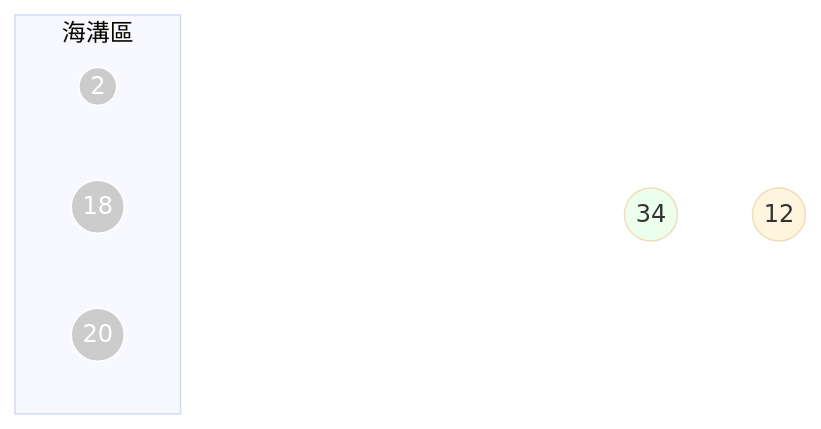
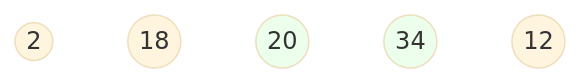
The seventh of 20 diagrams in Bubble Sorting.md (ianchen0419/cpp-leetcode), drawn with Mermaid (base theme) before and after one commit. The commit also changed other lines of this file, not shown here.

````diff
--- a/Bubble Sorting.md
+++ b/Bubble Sorting.md
@@ -138,21 +106,14 @@
 ```mermaid
 flowchart
-
-    subgraph 海溝區
-        f((2)):::disabled
-        g((18)):::disabled
-        h((20)):::disabled
-    end
-    
-    a((18)):::clear
-    b((2)):::clear
-    c((20)):::clear
+    a((2))
+    b((18))
+    c((20)):::green
     d((34)):::green
     e((12))
     
     classDef clear opacity:0
     
     classDef orange fill:#f96,stroke:#f66
     classDef green fill:#ecffec
     classDef disabled fill:#ccc,stroke:#fff,color:#fff
 ```
````
